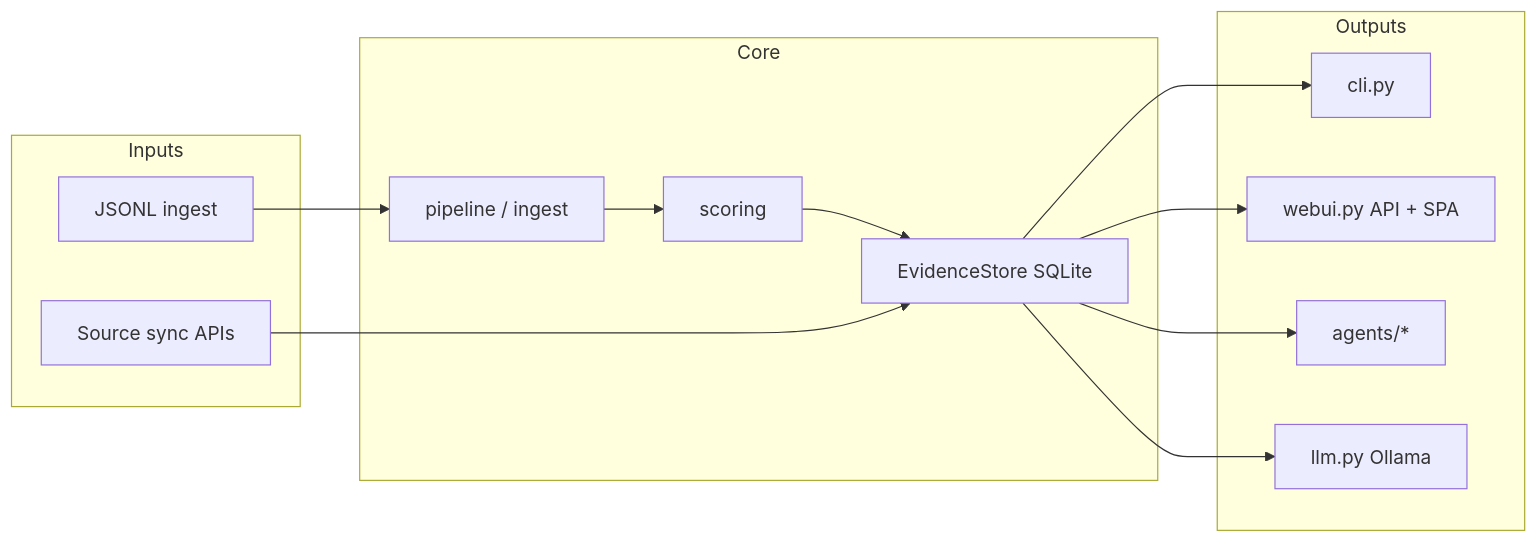
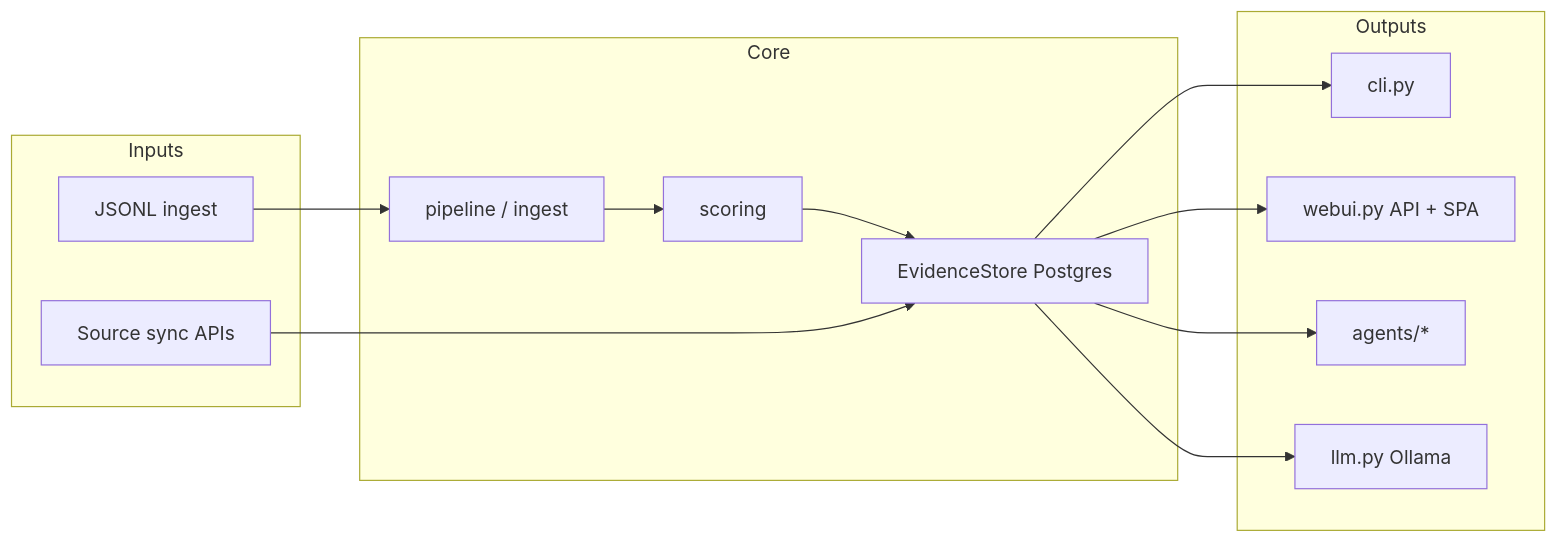
One commit to santimarquez/canoniga changed the diagram in AGENTS.md. Above: the diagram before and after it, drawn with Mermaid. The commit also changed other lines of this file and 83 other files, not shown here.

````diff
--- a/AGENTS.md
+++ b/AGENTS.md
@@ -19,24 +19,24 @@
 ```mermaid
 flowchart LR
     subgraph inputs [Inputs]
         JSONL[JSONL ingest]
         Sync[Source sync APIs]
     end
     subgraph core [Core]
         Pipeline[pipeline / ingest]
         Scoring[scoring]
-        Store[EvidenceStore SQLite]
+        Store[EvidenceStore Postgres]
     end
     subgraph outputs [Outputs]
         CLI[cli.py]
         WebUI[webui.py API + SPA]
         Agents[agents/*]
         LLM[llm.py Ollama]
     end
     JSONL --> Pipeline --> Scoring --> Store
     Sync --> Store
     Store --> CLI
     Store --> WebUI
     Store --> Agents
     Store --> LLM
 ```
````
